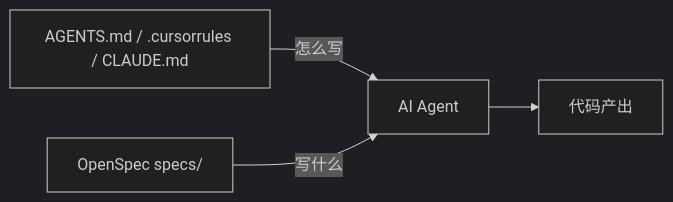
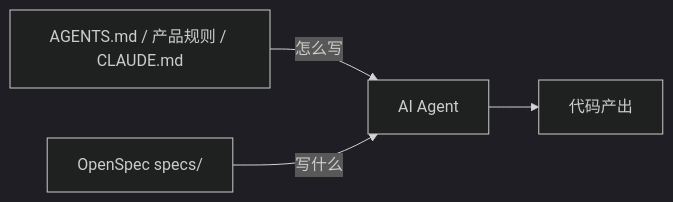
The third of 3 diagrams in AI/Agent执行流程与规范-AGENTS与规则文档.md (nishigepi8/note), drawn with Mermaid (dark theme) before and after one commit. The commit also changed other lines of this file and 1 other file, not shown here.

Commit message:
docs: 新增 AI-Agent 开发指南，补充 Agent 工作流内容

````diff
--- a/AI/Agent执行流程与规范-AGENTS与规则文档.md
+++ b/AI/Agent执行流程与规范-AGENTS与规则文档.md
@@ -215,6 +204,6 @@
 ```mermaid
 graph LR
-    A[AGENTS.md / .cursorrules / CLAUDE.md] -->|怎么写| Agent[AI Agent]
+    A["AGENTS.md / 产品规则 / CLAUDE.md"] -->|怎么写| Agent[AI Agent]
     B[OpenSpec specs/] -->|写什么| Agent
     Agent --> Code[代码产出]
 ```
````
